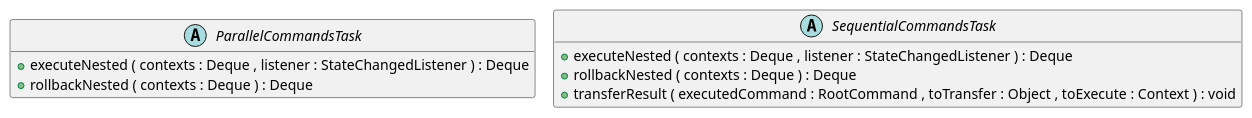
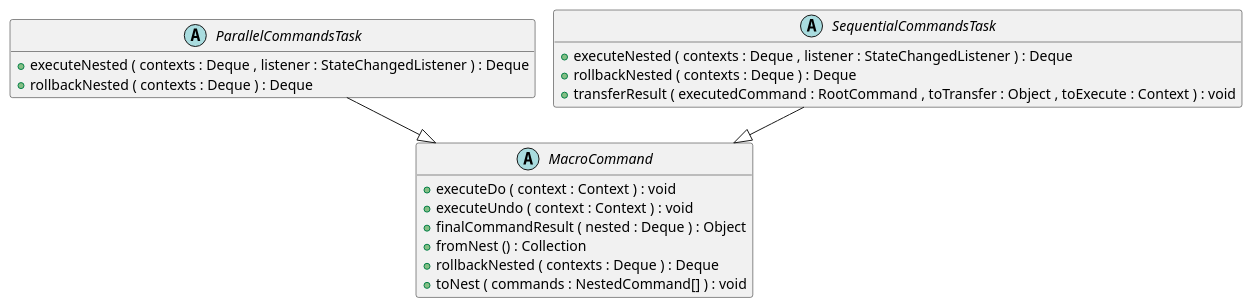
Before and after one commit to OlegSopilnyak/school-demo: the diagram in business-logic/documentation/puml/class-diagrams/MacroCommand.Advanced.Model.puml, drawn with PlantUML. The commit also changed 53 other files, not shown here.

Commit message:
business-logic module documentation composite commands execution and rollback

```diff
--- a/business-logic/documentation/puml/class-diagrams/MacroCommand.Advanced.Model.puml
+++ b/business-logic/documentation/puml/class-diagrams/MacroCommand.Advanced.Model.puml
@@ -3,24 +3,38 @@
 @startuml
 !pragma layout smetana
+
+abstract class MacroCommand {
+	{field} -actionExecutor : CommandActionExecutor
+	{field} -nestedCommandsList : List
+	{method} +executeDo ( context : Context ) : void
+	{method} +executeUndo ( context : Context ) : void
+	{method} +finalCommandResult ( nested : Deque ) : Object
+	{method} +fromNest () : Collection
+	{method} +rollbackNested ( contexts : Deque ) : Deque
+	{method} +toNest ( commands : NestedCommand[] ) : void
+}
+
 
 abstract class ParallelCommandsTask {
 	{field} {static} +EXECUTOR_BEAN_NAME : String
 	{field} #executor : Executor
 	{method} +executeNested ( contexts : Deque , listener : StateChangedListener ) : Deque
 	{method} +rollbackNested ( contexts : Deque ) : Deque
 }
 
 
 abstract class SequentialCommandsTask {
 	{method} +executeNested ( contexts : Deque , listener : StateChangedListener ) : Deque
 	{method} +rollbackNested ( contexts : Deque ) : Deque
 	{method} +transferResult ( executedCommand : RootCommand , toTransfer : Object , toExecute : Context ) : void
 }
 
 
 
 
+ParallelCommandsTask --|>  MacroCommand
+SequentialCommandsTask --|>  MacroCommand
 
 hide fields
 
 @enduml
```
